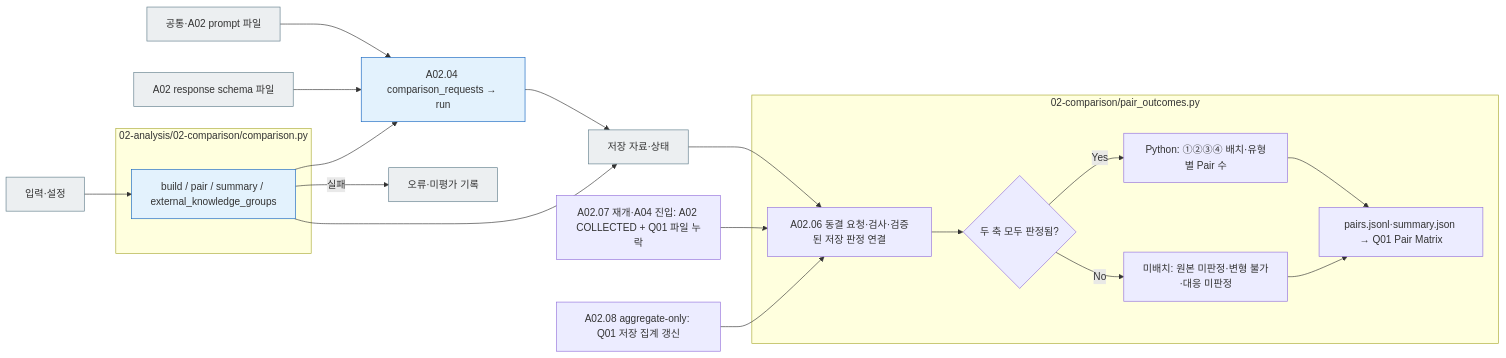
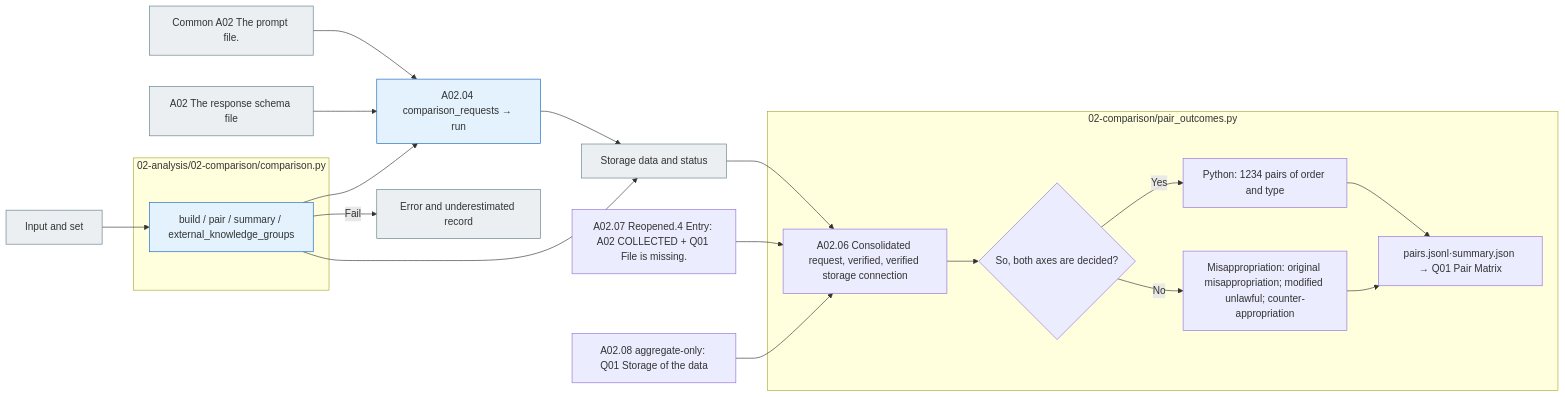
One commit to pnu-clink/finject changed the diagram in src/finarch/experiments/02-analysis/02-comparison/README.md. Above: the diagram before and after it, drawn with Mermaid. The commit also changed other lines of this file and 644 other files, not shown here.

````diff
--- a/src/finarch/experiments/02-analysis/02-comparison/README.md
+++ b/src/finarch/experiments/02-analysis/02-comparison/README.md
@@ -38,30 +38,30 @@
 ```mermaid
 flowchart LR
- IN["입력·설정"]
- P["공통·A02 prompt 파일"]
- S["A02 response schema 파일"]
+ IN["Input and set"]
+ P["Common A02 The prompt file."]
+ S["A02 The response schema file"]
  subgraph F0["02-analysis/02-comparison/comparison.py"]
   N0["build / pair / summary / external_knowledge_groups"]
  end
  IN --> N0
  P --> L["A02.04 comparison_requests → run"]
  S --> L
  N0 --> L --> OUT
- N0 --> OUT["저장 자료·상태"]
+ N0 --> OUT["Storage data and status"]
  subgraph FPAIR["02-comparison/pair_outcomes.py"]
-  P01["A02.06 동결 요청·검사·검증된 저장 판정 연결"] --> P02{"두 축 모두 판정됨?"}
-  P02 -->|Yes| P03["Python: ①②③④ 배치·유형별 Pair 수"]
-  P02 -->|No| P04["미배치: 원본 미판정·변형 불가·대응 미판정"]
+  P01["A02.06 Consolidated request, verified, verified storage connection"] --> P02{"So, both axes are decided?"}
+  P02 -->|Yes| P03["Python: 1234 pairs of order and type"]
+  P02 -->|No| P04["Misappropriation: original misappropriation; modified unlawful; counter-appropriation"]
   P03 --> P05["pairs.jsonl·summary.json → Q01 Pair Matrix"]
   P04 --> P05
  end
  OUT --> P01
- R01["A02.07 재개·A04 진입: A02 COLLECTED + Q01 파일 누락"] --> P01
- R02["A02.08 aggregate-only: Q01 저장 집계 갱신"] --> P01
- N0 -->|실패| ERR["오류·미평가 기록"]
+ R01["A02.07 Reopened.4 Entry: A02 COLLECTED + Q01 File is missing."] --> P01
+ R02["A02.08 aggregate-only: Q01 Storage of the data"] --> P01
+ N0 -->|Fail| ERR["Error and underestimated record"]
  classDef python fill:#e3f2fd,stroke:#1565c0;
  classDef file fill:#eceff1,stroke:#607d8b;
  class N0 python;
  class IN,P,S,OUT,ERR file;
  class L python;
 ```
````
